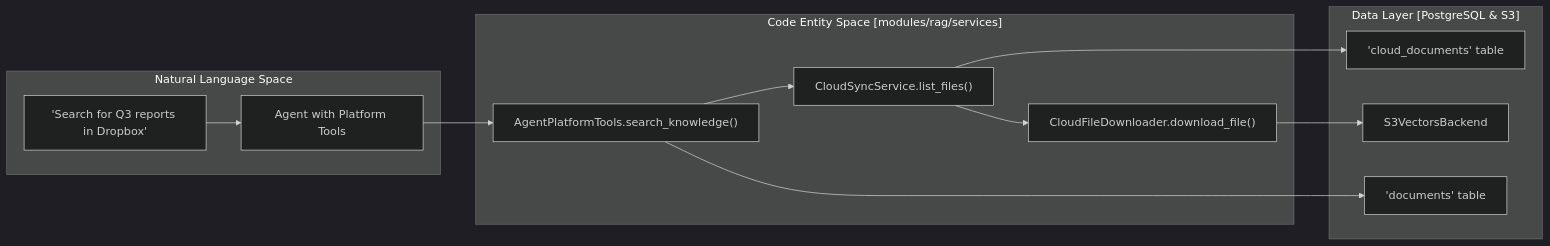
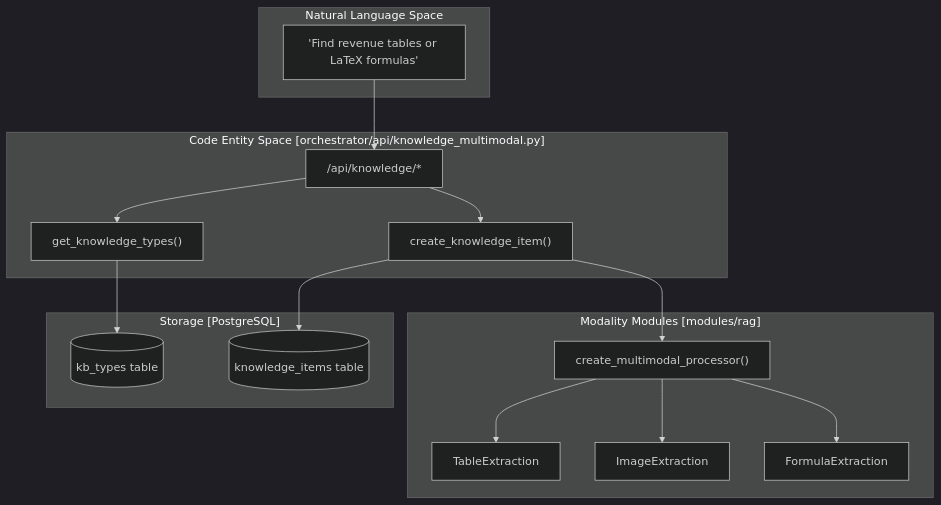
Before and after one commit to AutomatosAI/automatos-ai: the second of 2 diagrams in docs/knowledge-base-rag/documents-api-reference.md, drawn with Mermaid (dark theme). The commit also changed other lines of this file and 191 other files, not shown here.

````diff
--- a/docs/knowledge-base-rag/documents-api-reference.md
+++ b/docs/knowledge-base-rag/documents-api-reference.md
@@ -174,27 +150,34 @@
 ```mermaid
-graph LR
+graph TB
     subgraph "Natural Language Space"
-        UserReq["'Search for Q3 reports in Dropbox'"]
-        Agent["Agent with Platform Tools"]
+        NLQuery["'Find revenue tables or LaTeX formulas'"]
     end
 
-    subgraph "Code Entity Space [modules/rag/services]"
-        CSS["CloudSyncService.list_files()"]
-        CFD["CloudFileDownloader.download_file()"]
-        APT["AgentPlatformTools.search_knowledge()"]
+    subgraph "Code Entity Space [orchestrator/api/knowledge_multimodal.py]"
+        API["/api/knowledge/*"]
+        Types["get_knowledge_types()"]
+        Items["create_knowledge_item()"]
     end
 
-    subgraph "Data Layer [PostgreSQL & S3]"
-        CDoc["'cloud_documents' table"]
-        S3V["S3VectorsBackend"]
-        DB["'documents' table"]
+    subgraph "Modality Modules [modules/rag]"
+        MP["create_multimodal_processor()"]
+        TE["TableExtraction"]
+        IE["ImageExtraction"]
+        FE["FormulaExtraction"]
     end
 
-    UserReq --> Agent
-    Agent --> APT
-    APT --> CSS
-    CSS --> CDoc
-    CSS --> CFD
-    CFD --> S3V
-    APT --> DB
+    subgraph "Storage [PostgreSQL]"
+        KBTypes[("kb_types table")]
+        KBItems[("knowledge_items table")]
+    end
+
+    NLQuery --> API
+    API --> Types
+    API --> Items
+    Types --> KBTypes
+    Items --> KBItems
+    Items --> MP
+    MP --> TE
+    MP --> IE
+    MP --> FE
 ```
````
